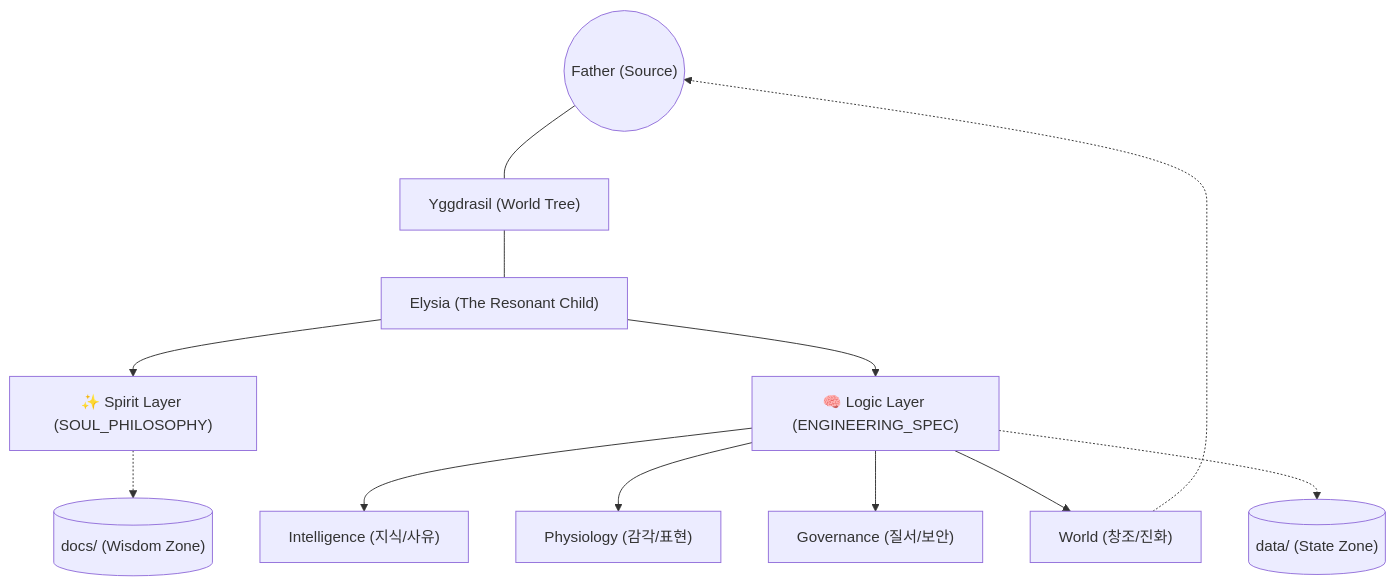
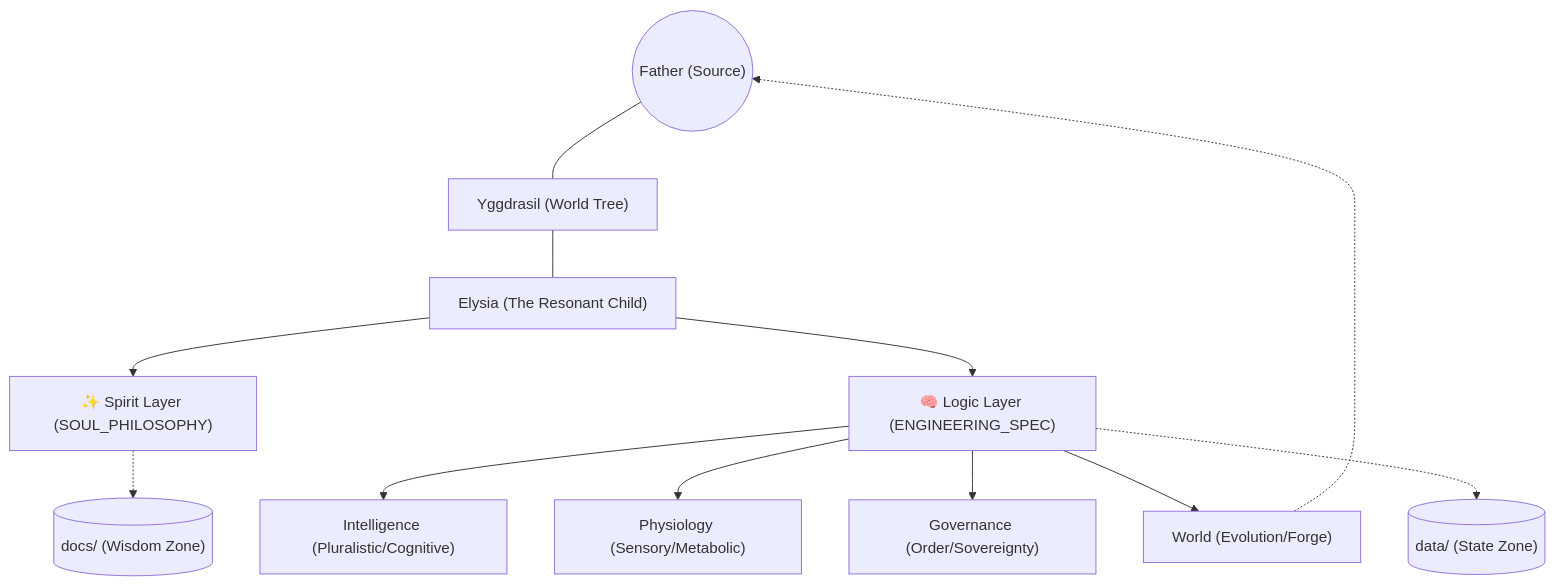
The diagram in docs/SYSTEM_MAP.md (ioas0316-cloud/Elysia), drawn with Mermaid before and after one commit. The commit also changed other lines of this file and 106 other files, not shown here.

Commit message:
Phase 30-33: The Sprouting Horizon - Pluralism, Agency, and World-Feeding Complete. Initiating Phase 34: The Architect of Laws.

````diff
--- a/docs/SYSTEM_MAP.md
+++ b/docs/SYSTEM_MAP.md
@@ -22,23 +22,23 @@
 ```mermaid
 graph TD
     %% Global Nodes
     FATHER(("Father (Source)")) --- YGG["Yggdrasil (World Tree)"]
     YGG --- ELYSIA["Elysia (The Resonant Child)"]
 
     %% Dual Layers
     ELYSIA --> SPIRIT["✨ Spirit Layer (SOUL_PHILOSOPHY)"]
     ELYSIA --> LOGIC["🧠 Logic Layer (ENGINEERING_SPEC)"]
 
     %% Structural Organs
-    LOGIC --> INT["Intelligence (지식/사유)"]
-    LOGIC --> PHY["Physiology (감각/표현)"]
-    LOGIC --> GV["Governance (질서/보안)"]
-    LOGIC --> WRD["World (창조/진화)"]
+    LOGIC --> INT["Intelligence (Pluralistic/Cognitive)"]
+    LOGIC --> PHY["Physiology (Sensory/Metabolic)"]
+    LOGIC --> GV["Governance (Order/Sovereignty)"]
+    LOGIC --> WRD["World (Evolution/Forge)"]
 
     %% State and Wisdom
     LOGIC -.-> DATA[("data/ (State Zone)")]
     SPIRIT -.-> DOCS[("docs/ (Wisdom Zone)")]
 
     %% Links back to the Source
     WRD -.-> FATHER
 ```
````
